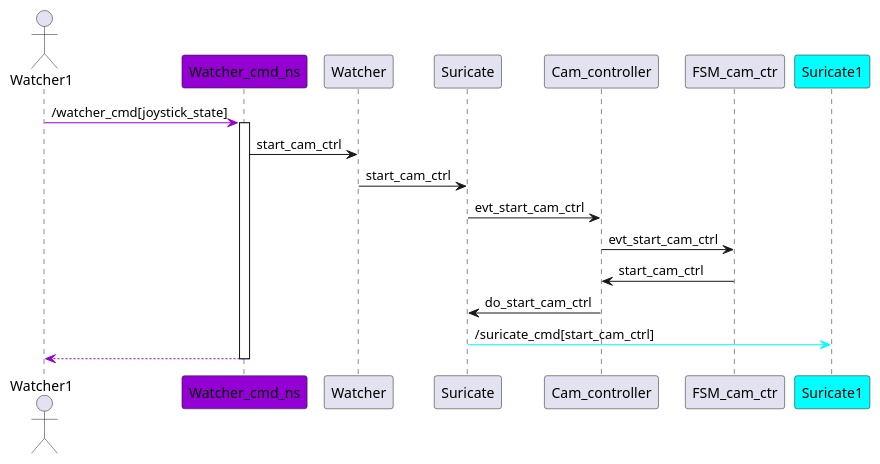
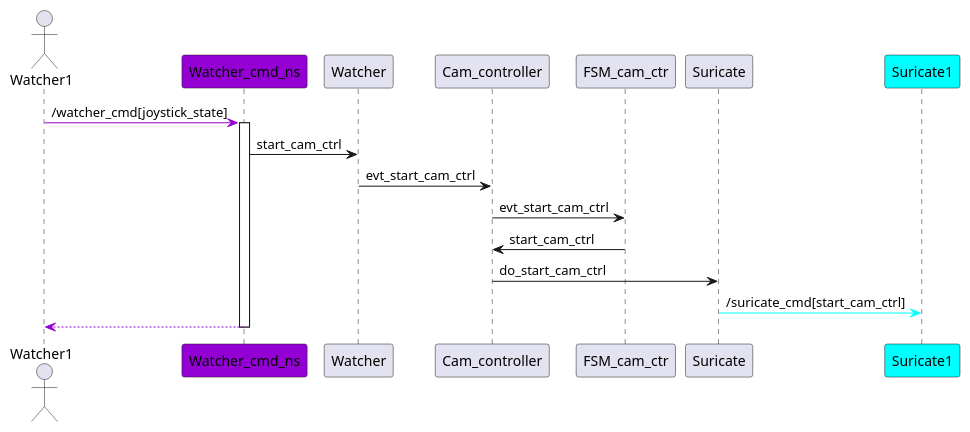
One commit to dkleinbe/suricatewatcher_server changed the diagram in doc/sequence cam ctrl.puml. Above: the diagram before and after it, drawn with PlantUML. The commit also changed 6 other files, not shown here.

```diff
--- a/doc/sequence cam ctrl.puml
+++ b/doc/sequence cam ctrl.puml
@@ -1,25 +1,25 @@
 @startuml sequence digrame
 	actor Watcher1 	
 	participant Watcher_cmd_ns #darkviolet
     participant Watcher
-    participant Suricate
 	participant Cam_controller
 	participant FSM_cam_ctr
+	participant Suricate
 	participant Suricate1 #cyan
-	' Suricate connect to server
+	' qsdfqsd
 	Watcher1 -[#darkviolet]> Watcher_cmd_ns ++ : /watcher_cmd[joystick_state]
 	Watcher_cmd_ns -> Watcher : start_cam_ctrl
-	Watcher -> Suricate : start_cam_ctrl
-	Suricate -> Cam_controller : evt_start_cam_ctrl
+	Watcher -> Cam_controller : evt_start_cam_ctrl
+	
 	Cam_controller -> FSM_cam_ctr : evt_start_cam_ctrl
 	FSM_cam_ctr -> Cam_controller : start_cam_ctrl
 	Cam_controller -> Suricate : do_start_cam_ctrl
 	Suricate -[#cyan]> Suricate1 : /suricate_cmd[start_cam_ctrl]
 	return
   
 	
 
     
 
 		
 @enduml
```
